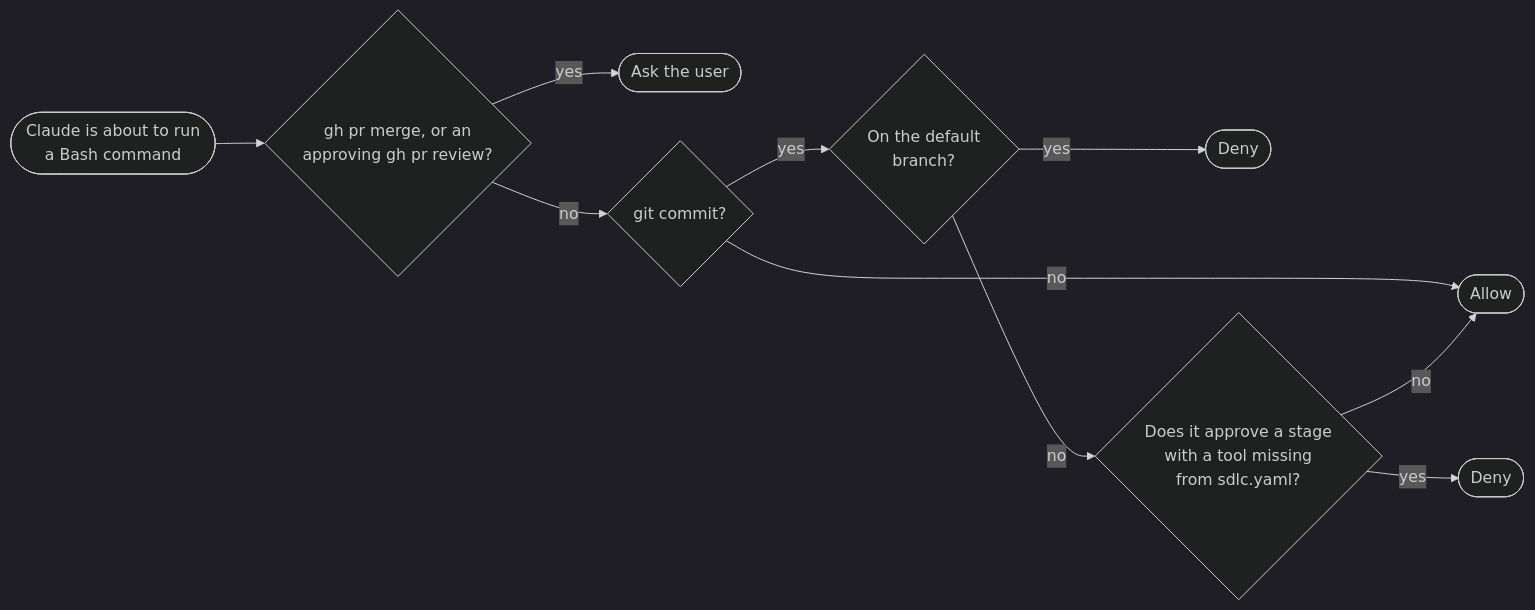
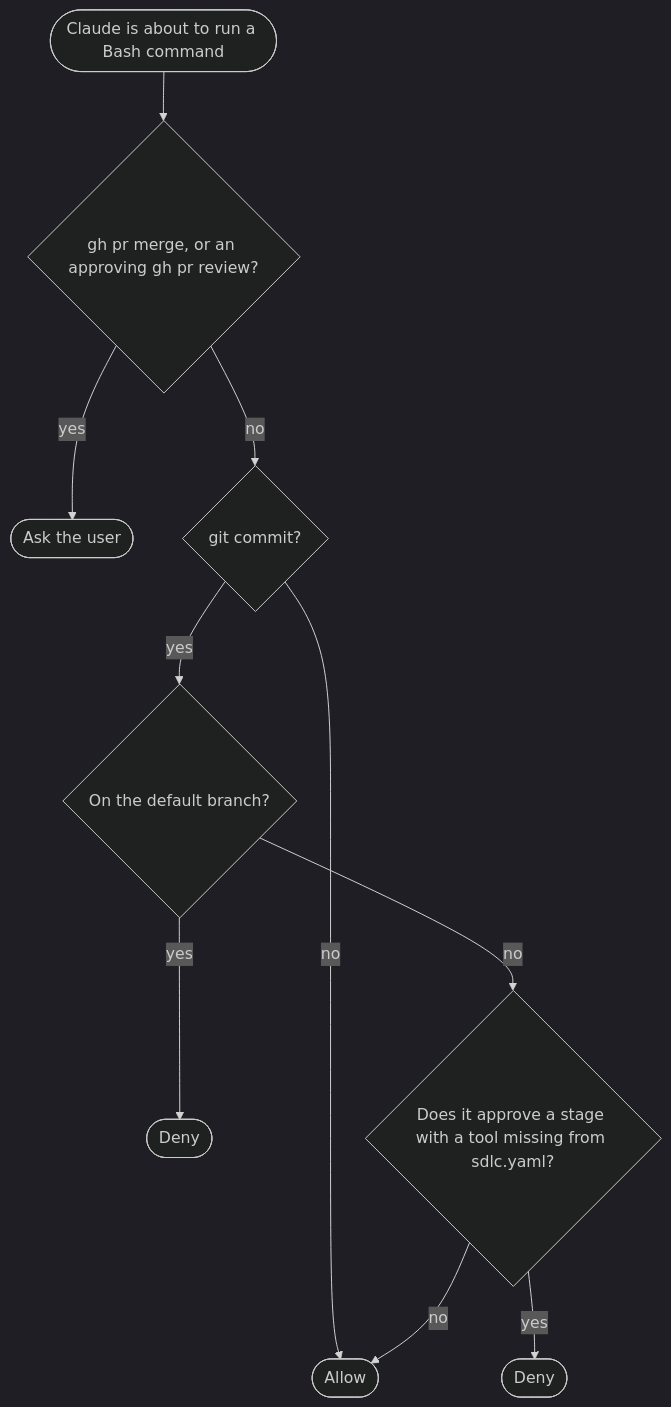
Before and after one commit to aasimsani/sdlc-toolkit: the seventh of 7 diagrams in README.md, drawn with Mermaid (dark theme). The commit also changed other lines of this file, not shown here.

First line of the commit message:
docs(core): redraw three README diagrams that GitHub rendered too small

````diff
--- a/README.md
+++ b/README.md
@@ -238,12 +256,12 @@
 ```mermaid
-flowchart LR
-    cmd(["Claude is about to run<br/>a Bash command"]) --> q1{"gh pr merge, or an<br/>approving gh pr review?"}
+flowchart TB
+    cmd(["Claude is about to run a Bash command"]) --> q1{"gh pr merge, or an approving gh pr review?"}
     q1 -- yes --> ask(["Ask the user"])
     q1 -- no --> q2{"git commit?"}
     q2 -- no --> allow(["Allow"])
-    q2 -- yes --> q3{"On the default<br/>branch?"}
+    q2 -- yes --> q3{"On the default branch?"}
     q3 -- yes --> deny1(["Deny"])
-    q3 -- no --> q4{"Does it approve a stage<br/>with a tool missing<br/>from sdlc.yaml?"}
+    q3 -- no --> q4{"Does it approve a stage with a tool missing from sdlc.yaml?"}
     q4 -- yes --> deny2(["Deny"])
     q4 -- no --> allow
 ```
````
